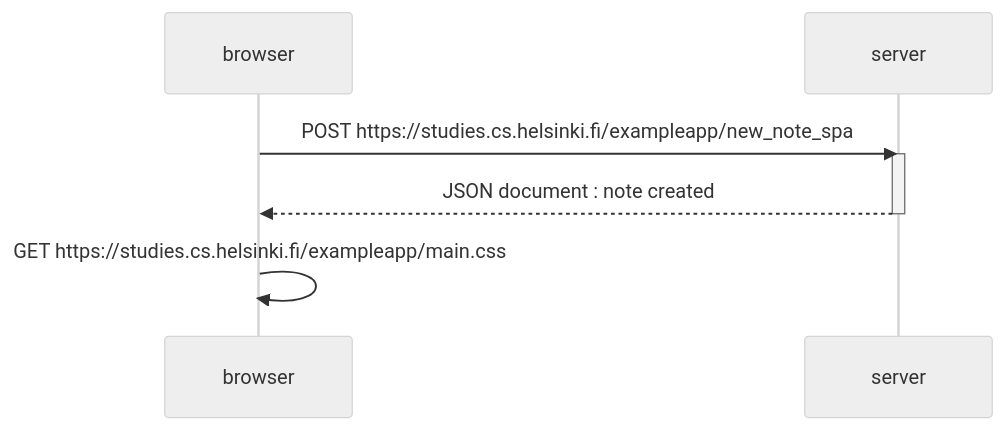
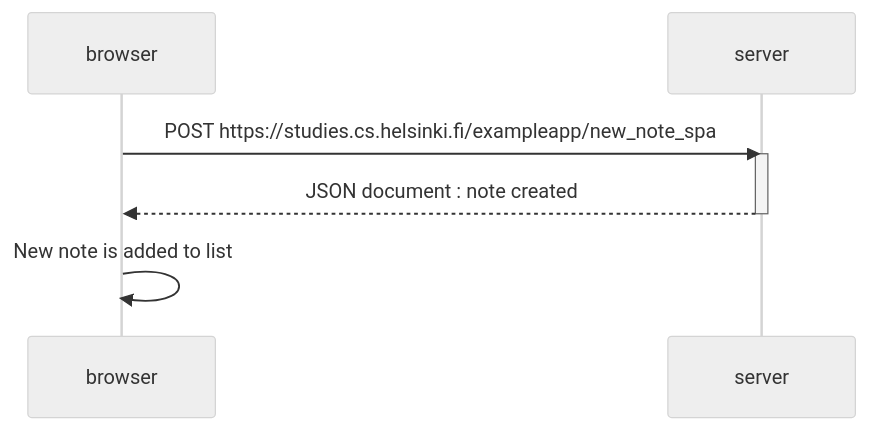
One commit to Amloner/PART0 changed the diagram in New note in Single page app diagram.mermaid. Above: the diagram before and after it, drawn with Mermaid (neutral theme).

Commit message:
Update New note in Single page app diagram.mermaid

```diff
--- a/New note in Single page app diagram.mermaid
+++ b/New note in Single page app diagram.mermaid
@@ -1,11 +1,11 @@
 sequenceDiagram
     participant browser
     participant server
 
     browser->>server: POST https://studies.cs.helsinki.fi/exampleapp/new_note_spa
     activate server
     server-->>browser: JSON document : note created
     deactivate server
 
-    browser->>browser: GET https://studies.cs.helsinki.fi/exampleapp/main.css
+    browser->>browser: New note is added to list
     activate browser
```
